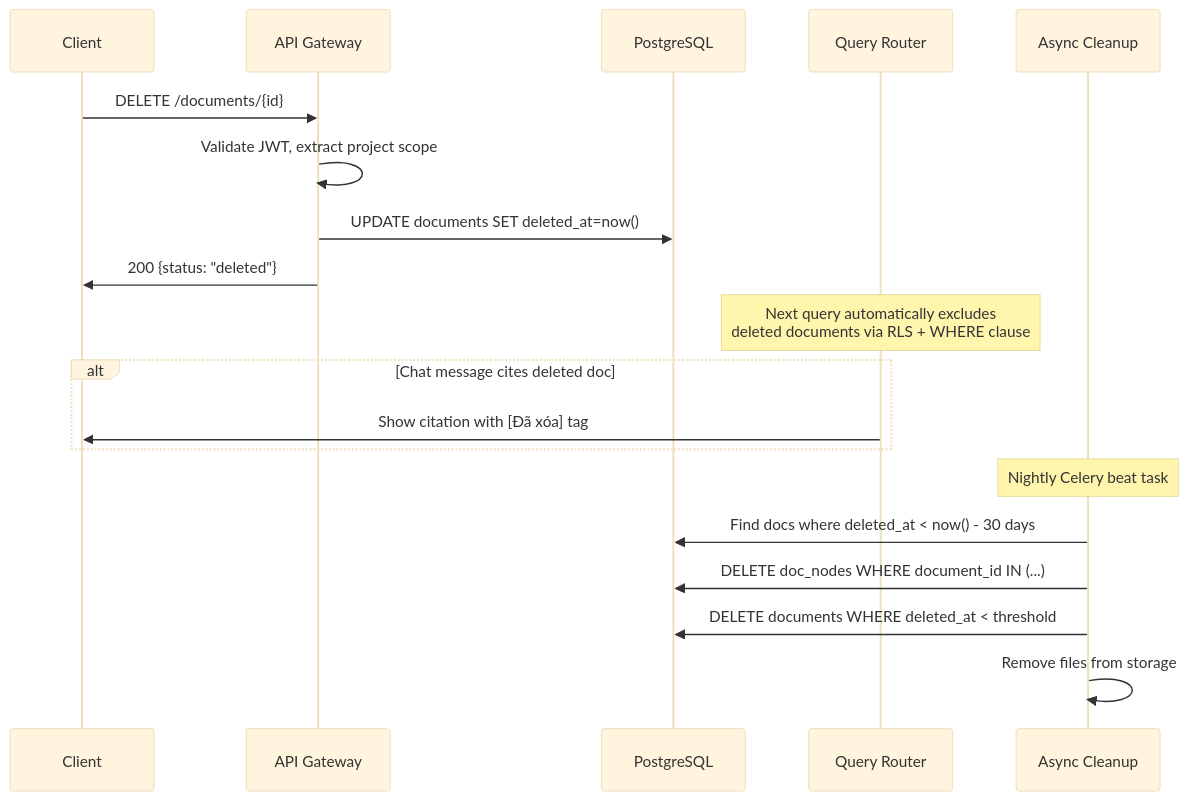
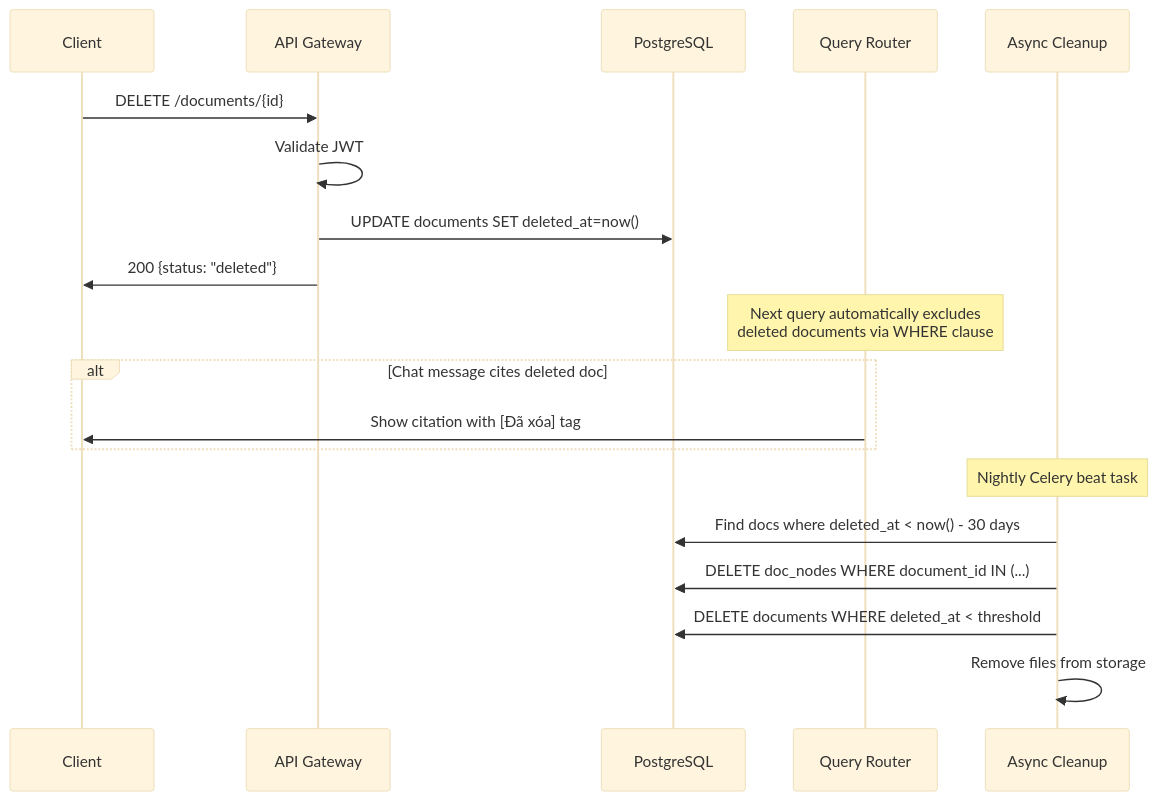
One commit to qtuanph/chatbot-rag changed the fourth of 4 diagrams in docs/03_CORE_WORKFLOWS.md. Above: the diagram before and after it, drawn with Mermaid (base theme). The commit also changed other lines of this file and 18 other files, not shown here.

````diff
--- a/docs/03_CORE_WORKFLOWS.md
+++ b/docs/03_CORE_WORKFLOWS.md
@@ -169,25 +169,25 @@
 ```mermaid
 sequenceDiagram
     participant C as Client
     participant API as API Gateway
     participant DB as PostgreSQL
     participant Router as Query Router
     participant Cleanup as Async Cleanup
 
     C->>API: DELETE /documents/{id}
-    API->>API: Validate JWT, extract project scope
+    API->>API: Validate JWT
     API->>DB: UPDATE documents SET deleted_at=now()
     API->>C: 200 {status: "deleted"}
     
-    Note over Router: Next query automatically excludes<br/>deleted documents via RLS + WHERE clause
+    Note over Router: Next query automatically excludes<br/>deleted documents via WHERE clause
     
     alt Chat message cites deleted doc
         Router->>C: Show citation with [Đã xóa] tag
     end
     
     Note over Cleanup: Nightly Celery beat task
     Cleanup->>DB: Find docs where deleted_at < now() - 30 days
     Cleanup->>DB: DELETE doc_nodes WHERE document_id IN (...)
     Cleanup->>DB: DELETE documents WHERE deleted_at < threshold
     Cleanup->>Cleanup: Remove files from storage
 ```
````
